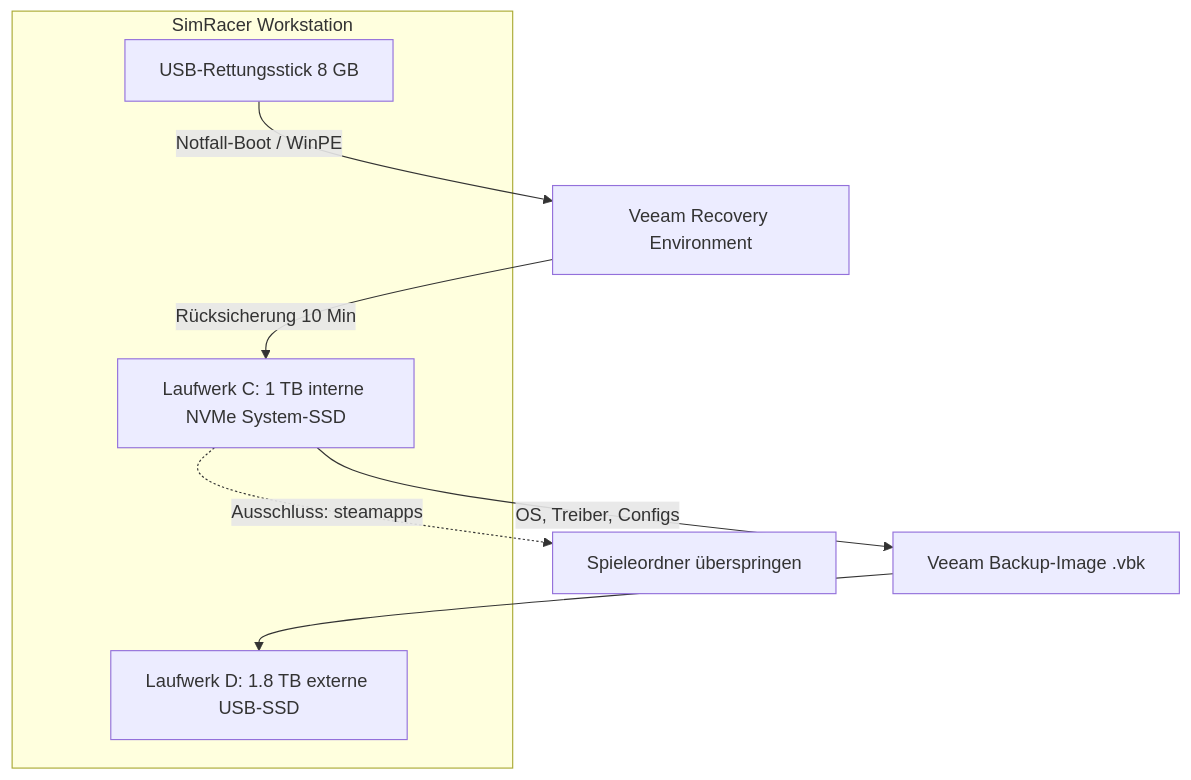
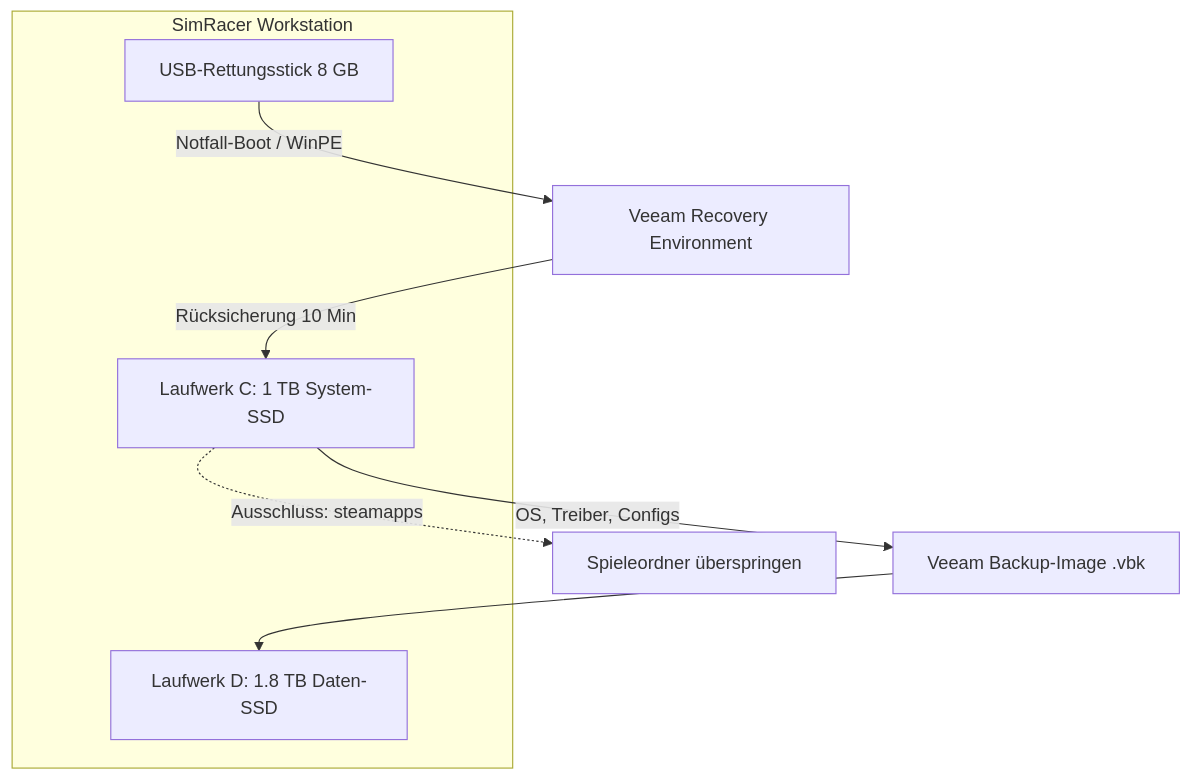
The diagram in #$_Lernmaterial_to_sort/simracer-system-backup-wiederherstellung-veeam.md (mestuermer-svg/first), drawn with Mermaid before and after one commit. The commit also changed other lines of this file and 23 other files, not shown here.

````diff
--- a/#$_Lernmaterial_to_sort/simracer-system-backup-wiederherstellung-veeam.md
+++ b/#$_Lernmaterial_to_sort/simracer-system-backup-wiederherstellung-veeam.md
@@ -13,14 +13,14 @@
 ```mermaid
 graph TD
     subgraph SimRacer [SimRacer Workstation]
-        C[Laufwerk C: 1 TB interne NVMe System-SSD]
-        D[Laufwerk D: 1.8 TB externe USB-SSD]
+        C[Laufwerk C: 1 TB System-SSD]
+        D[Laufwerk D: 1.8 TB Daten-SSD]
         USB[USB-Rettungsstick 8 GB]
     end
 
     C -->|OS, Treiber, Configs| VBK[Veeam Backup-Image .vbk]
     C -.->|Ausschluss: steamapps| SKIP[Spieleordner überspringen]
     VBK --> D
     USB -->|Notfall-Boot / WinPE| RESTORE[Veeam Recovery Environment]
     RESTORE -->|Rücksicherung 10 Min| C
 ```
````
